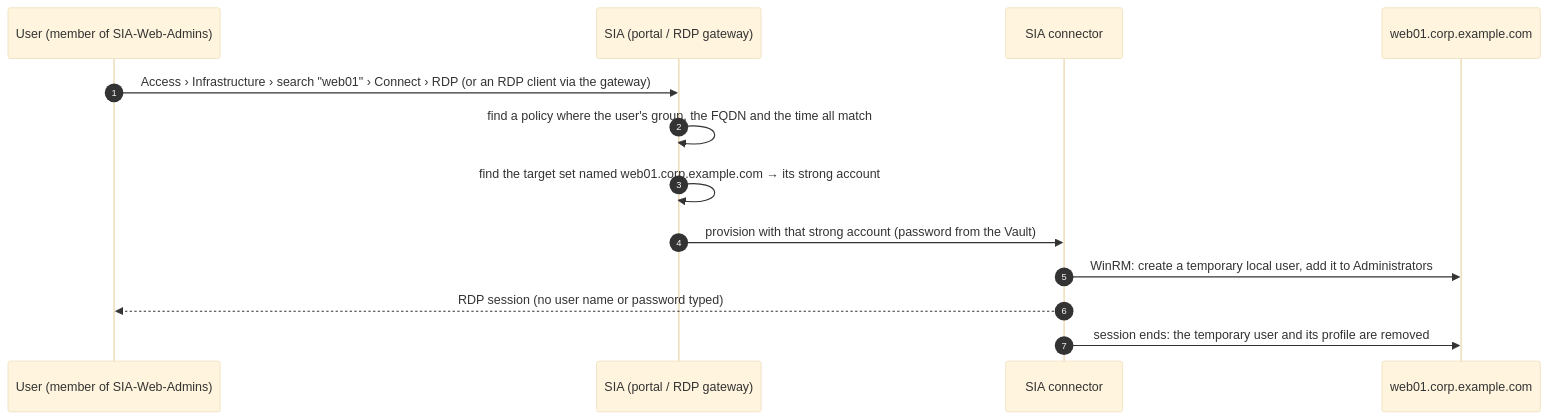
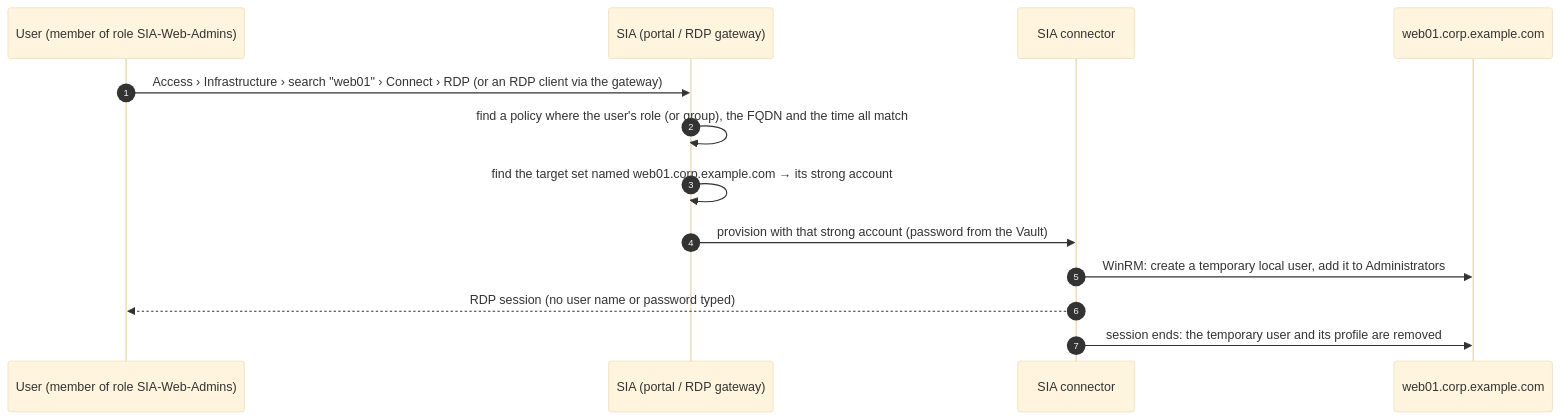
Before and after one commit to umair-wwt/sia-policy: the diagram in docs/OPERATIONS.md, drawn with Mermaid (base theme). The commit also changed other lines of this file and 43 other files, not shown here.

````diff
--- a/docs/OPERATIONS.md
+++ b/docs/OPERATIONS.md
@@ -89,15 +92,15 @@
 ```mermaid
 sequenceDiagram
     autonumber
-    participant U as User (member of SIA-Web-Admins)
+    participant U as User (member of role SIA-Web-Admins)
     participant SIA as SIA (portal / RDP gateway)
     participant C as SIA connector
     participant W as web01.corp.example.com
     U->>SIA: Access › Infrastructure › search "web01" › Connect › RDP (or an RDP client via the gateway)
-    SIA->>SIA: find a policy where the user's group, the FQDN and the time all match
+    SIA->>SIA: find a policy where the user's role (or group), the FQDN and the time all match
     SIA->>SIA: find the target set named web01.corp.example.com → its strong account
     SIA->>C: provision with that strong account (password from the Vault)
     C->>W: WinRM: create a temporary local user, add it to Administrators
     C-->>U: RDP session (no user name or password typed)
     C->>W: session ends: the temporary user and its profile are removed
 ```
````
